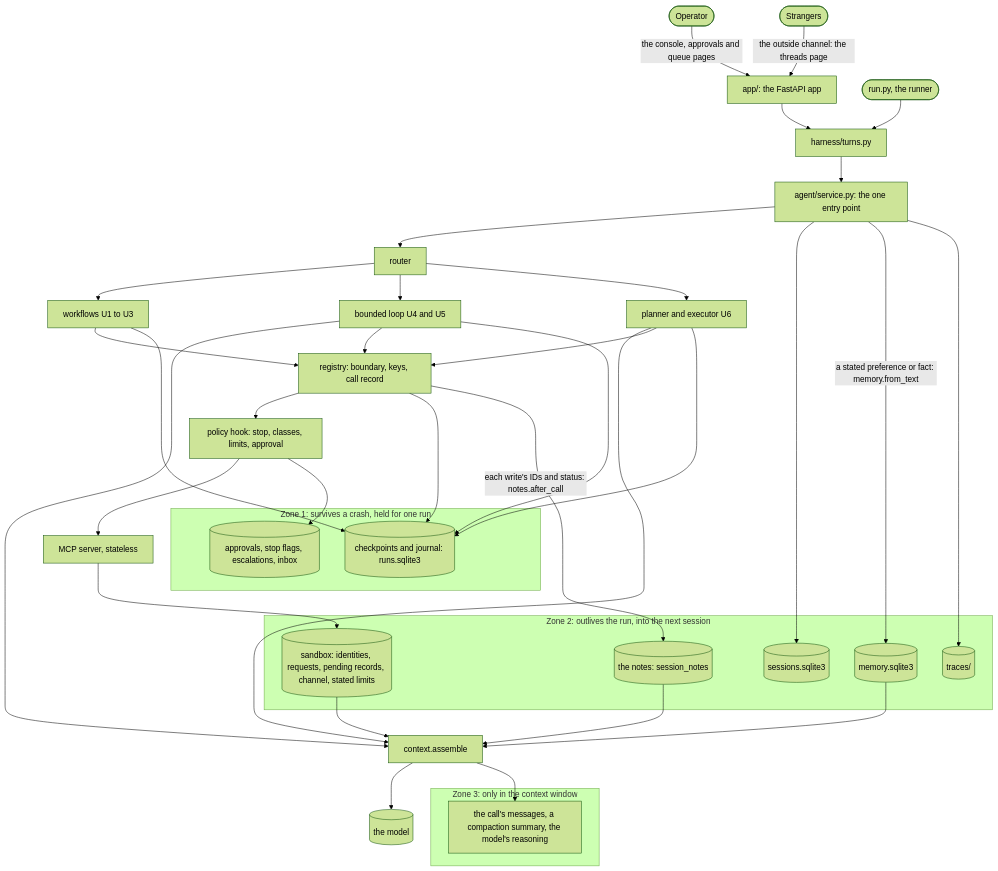
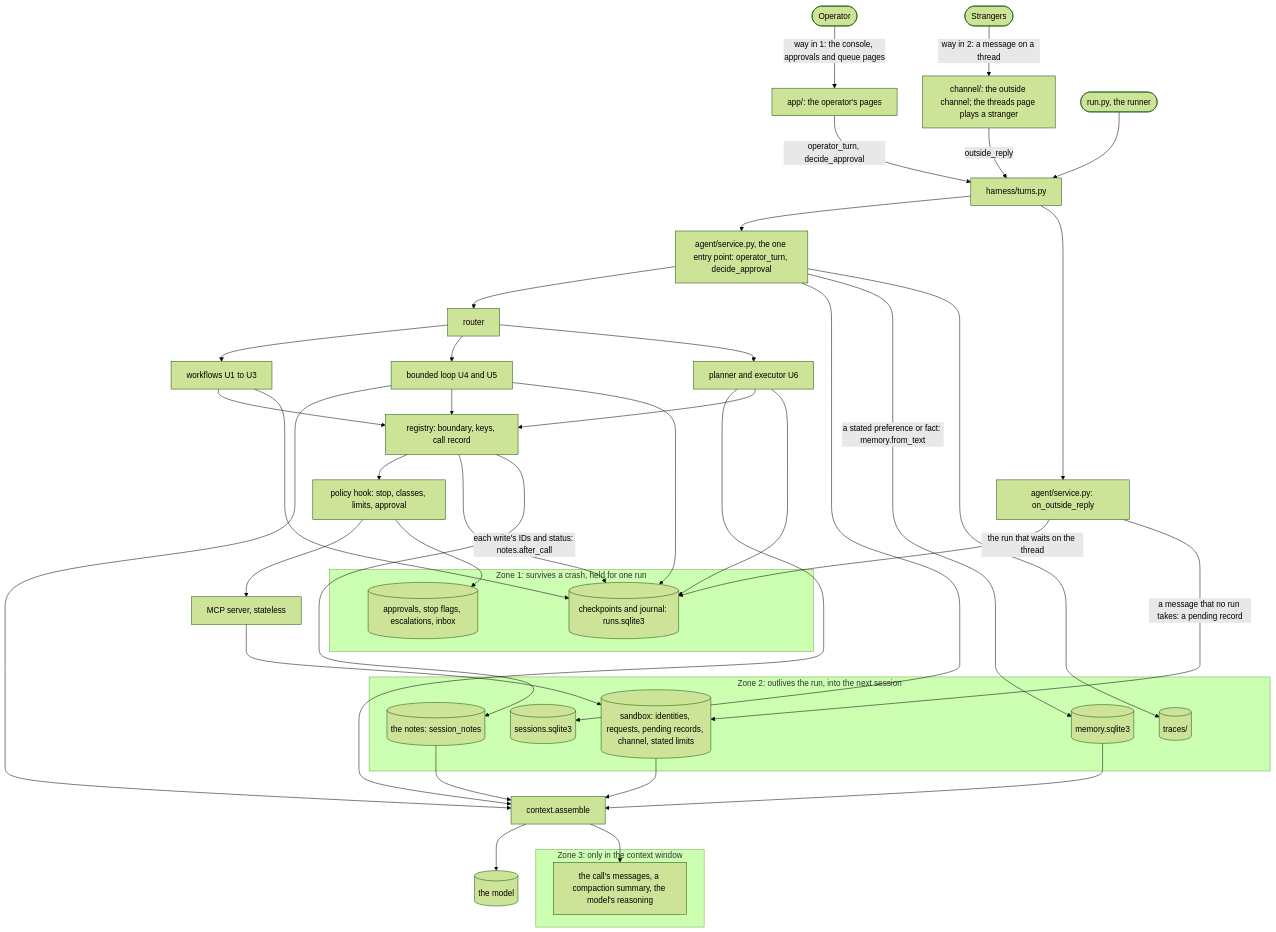
The first of 2 diagrams in docs/milestones/M2.md (mourya-vipin/agentic_ai_project), drawn with Mermaid (forest theme) before and after one commit. The commit also changed other lines of this file and 13 other files, not shown here.

Commit message:
Write as the mailbox's owner on the threads page, keep only the operator's words in memory, bound what a stranger puts on /pending, release old claims at start-up, mark a send that did not happen, and correct the write-up

````diff
--- a/docs/milestones/M2.md
+++ b/docs/milestones/M2.md
@@ -170,48 +170,52 @@
 ```mermaid
 flowchart TB
-    OP(["Operator"]) -->|"the console, approvals and queue pages"| APP["app/: the FastAPI app"]
-    ST(["Strangers"]) -->|"the outside channel: the threads page"| APP
-    APP --> TURNS
+    OP(["Operator"]) -->|"way in 1: the console, approvals and queue pages"| APP["app/: the operator's pages"]
+    ST(["Strangers"]) -->|"way in 2: a message on a thread"| CHAN["channel/: the outside channel; the threads page plays a stranger"]
+    APP -->|"operator_turn, decide_approval"| TURNS
+    CHAN -->|"outside_reply"| TURNS
     RUNNER(["run.py, the runner"]) --> TURNS
-    TURNS["harness/turns.py"] --> SVC["agent/service.py: the one entry point"]
+    TURNS["harness/turns.py"] --> SVC["agent/service.py, the one entry point: operator_turn, decide_approval"]
+    TURNS --> OUT["agent/service.py: on_outside_reply"]
+    OUT -->|"the run that waits on the thread"| CP
+    OUT -->|"a message that no run takes: a pending record"| SB
     SVC --> ROUTER["router"]
     ROUTER --> WF["workflows U1 to U3"]
     ROUTER --> LOOP["bounded loop U4 and U5"]
     ROUTER --> PLAN["planner and executor U6"]
     LOOP --> CTX["context.assemble"]
     PLAN --> CTX
     CTX --> MODEL[("the model")]
     WF --> REG["registry: boundary, keys, call record"]
     LOOP --> REG
     PLAN --> REG
     REG --> HOOK["policy hook: stop, classes, limits, approval"]
     HOOK --> MCP["MCP server, stateless"]
     subgraph Z1 ["Zone 1: survives a crash, held for one run"]
         CP[("checkpoints and journal: runs.sqlite3")]
         HOLD[("approvals, stop flags, escalations, inbox")]
     end
     subgraph Z2 ["Zone 2: outlives the run, into the next session"]
         SB[("sandbox: identities, requests, pending records, channel, stated limits")]
         NOTES[("the notes: session_notes")]
         MEM[("memory.sqlite3")]
         SES[("sessions.sqlite3")]
         TR[("traces/")]
     end
     subgraph Z3 ["Zone 3: only in the context window"]
         WIN["the call's messages, a compaction summary, the model's reasoning"]
     end
     MCP --> SB
     WF --> CP
     LOOP --> CP
     PLAN --> CP
     REG --> CP
     HOOK --> HOLD
     SVC --> SES
     REG -->|"each write's IDs and status: notes.after_call"| NOTES
     SVC -->|"a stated preference or fact: memory.from_text"| MEM
     MEM --> CTX
     NOTES --> CTX
     SB --> CTX
     CTX --> WIN
     SVC --> TR
 ```
````
